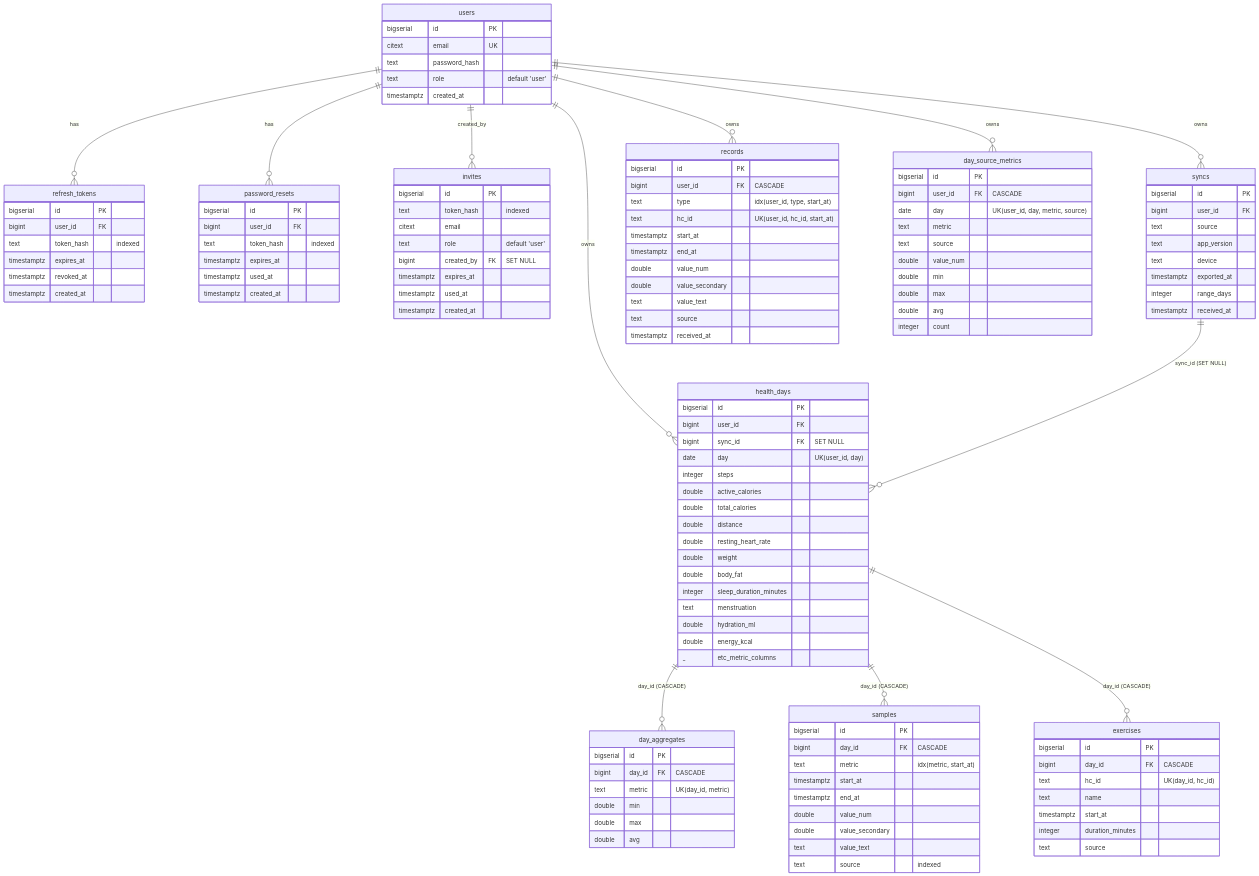
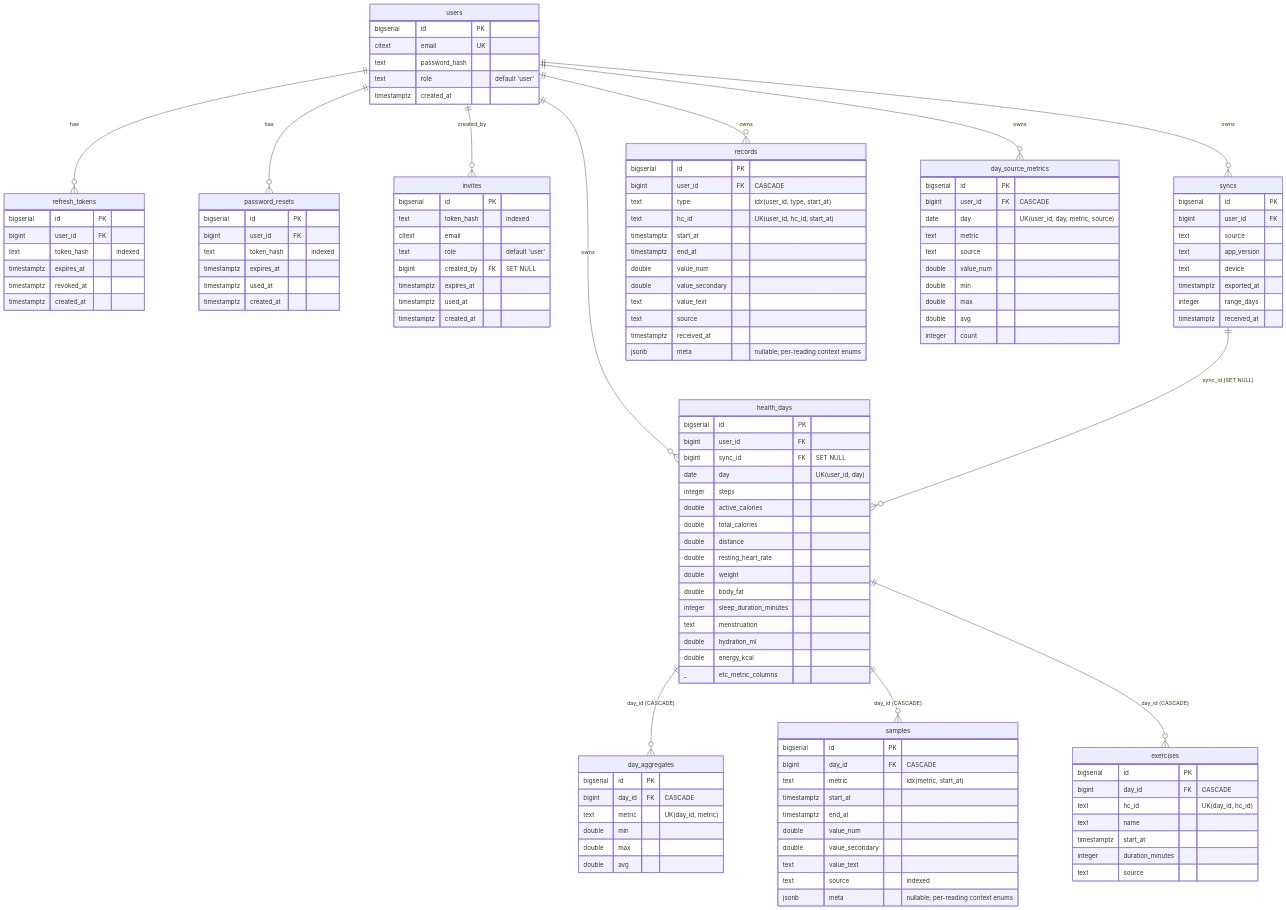
One commit to Marvello/Vitalix changed the diagram in docs/database-erd.md. Above: the diagram before and after it, drawn with Mermaid. The commit also changed other lines of this file, not shown here.

Commit message:
docs(web): document meta column on samples + records

```diff
--- a/docs/database-erd.md
+++ b/docs/database-erd.md
@@ -116,6 +116,7 @@
         double value_secondary
         text value_text
         text source "indexed"
+        jsonb meta "nullable; per-reading context enums"
     }
 
     exercises {
@@ -140,6 +141,7 @@
         text value_text
         text source
         timestamptz received_at
+        jsonb meta "nullable; per-reading context enums"
     }
 
     day_source_metrics {
```
